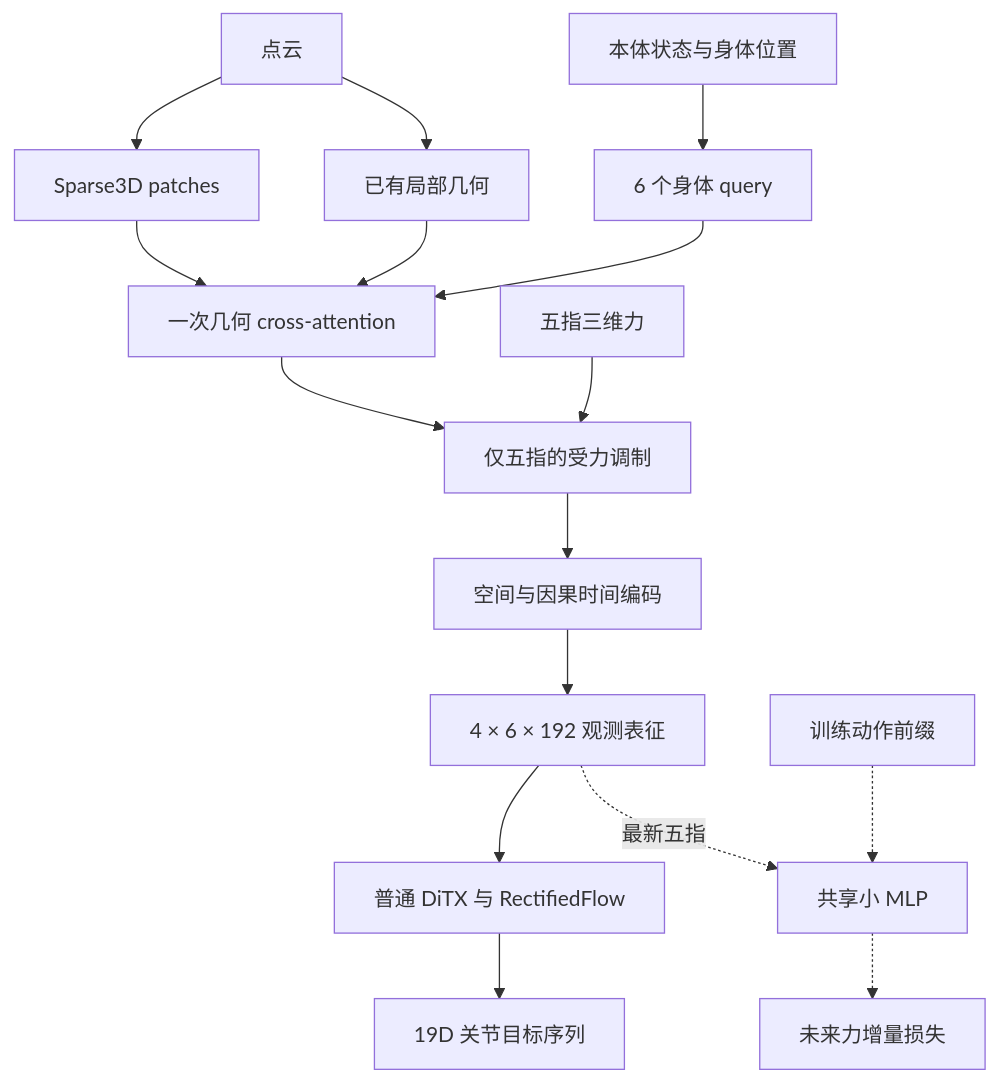
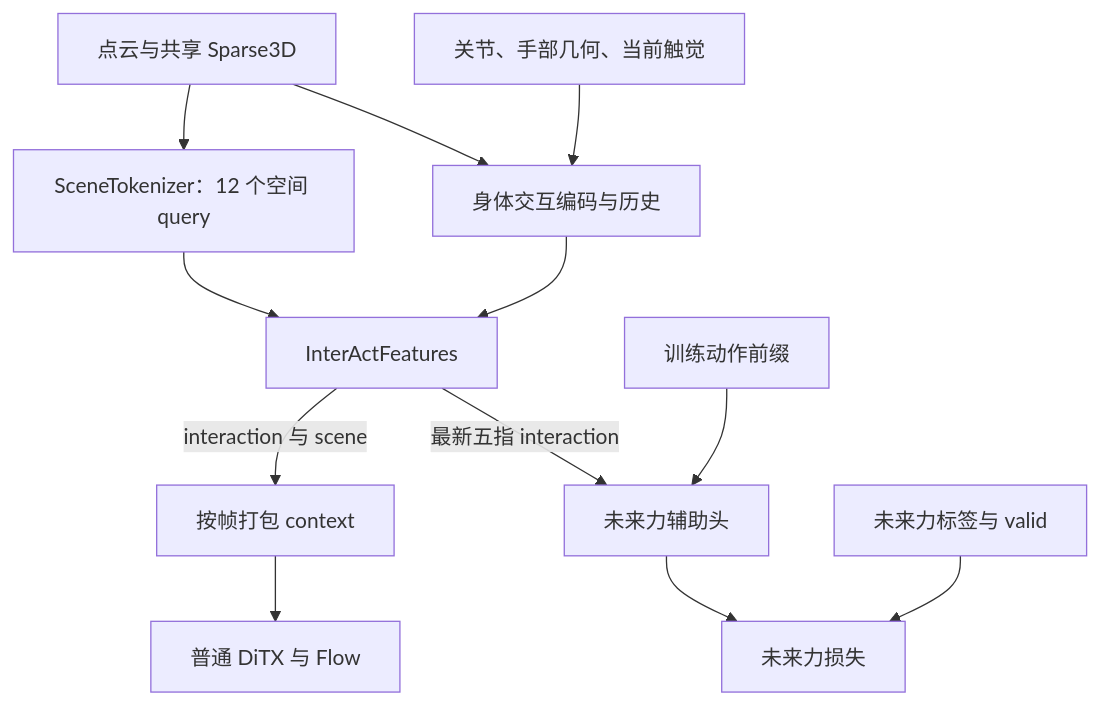
One commit to haoyangzhanglab/dexmani_policy changed the diagram in docs/interact_dex_implementation_task.md. Above: the diagram before and after it, drawn with Mermaid. The commit also changed other lines of this file, not shown here.

Commit message:
docs: plan scene context and dataflow refactor for InterAct-Dex

````diff
--- a/docs/interact_dex_implementation_task.md
+++ b/docs/interact_dex_implementation_task.md
@@ -75,18 +60,14 @@
 ```mermaid
 flowchart TD
-    P["点云"] --> E["Sparse3D patches"]
-    P --> G["已有局部几何"]
-    Q["本体状态与身体位置"] --> H["6 个身体 query"]
-    E --> R["一次几何 cross-attention"]
-    G --> R
-    H --> R
-    R --> F["仅五指的受力调制"]
-    T["五指三维力"] --> F
-    F --> S["空间与因果时间编码"]
-    S --> Z["4 × 6 × 192 观测表征"]
-    Z --> A["普通 DiTX 与 RectifiedFlow"]
-    A --> O["19D 关节目标序列"]
-    Z -. "最新五指" .-> M["共享小 MLP"]
-    U["训练动作前缀"] -.-> M
-    M -.-> L["未来力增量损失"]
+    P["点云与共享 Sparse3D"] --> S["SceneTokenizer：12 个空间 query"]
+    P --> I["身体交互编码与历史"]
+    H["关节、手部几何、当前触觉"] --> I
+    S --> F["InterActFeatures"]
+    I --> F
+    F -->|"interaction 与 scene"| C["按帧打包 context"]
+    C --> D["普通 DiTX 与 Flow"]
+    F -->|"最新五指 interaction"| A["未来力辅助头"]
+    U["训练动作前缀"] --> A
+    A --> L["未来力损失"]
+    Y["未来力标签与 valid"] --> L
 ```
````
